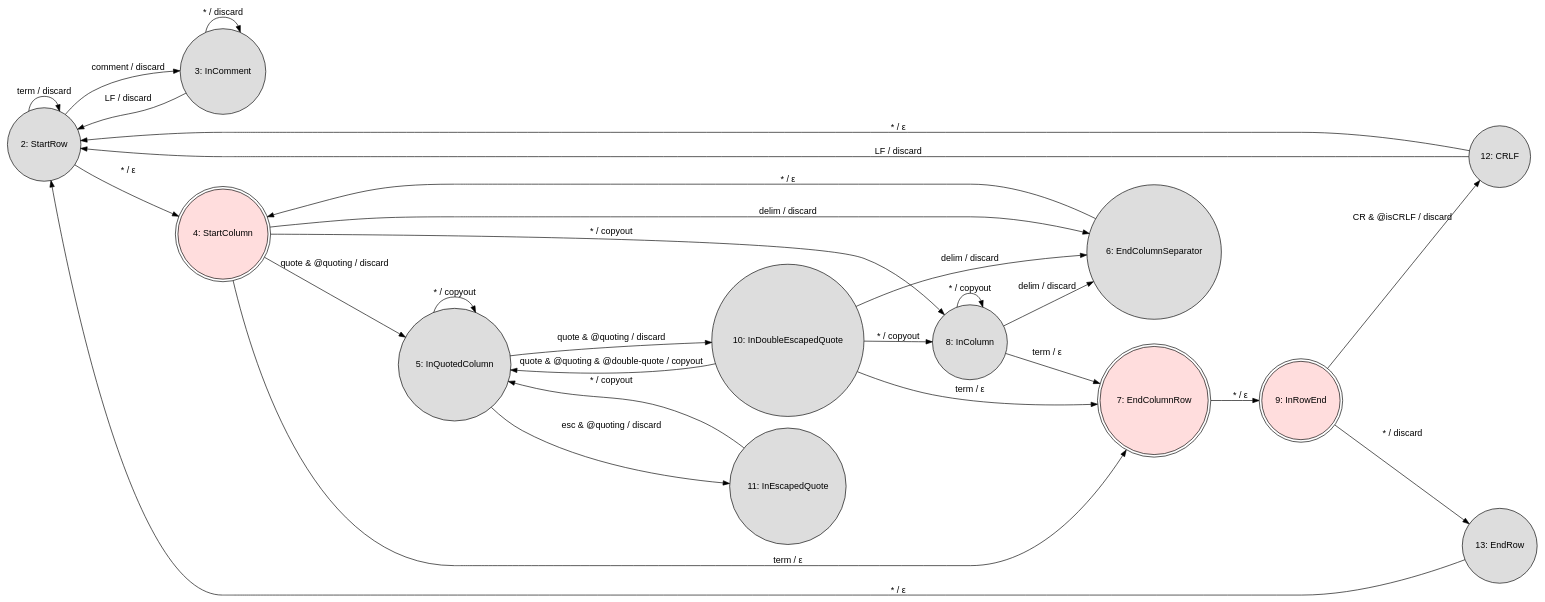
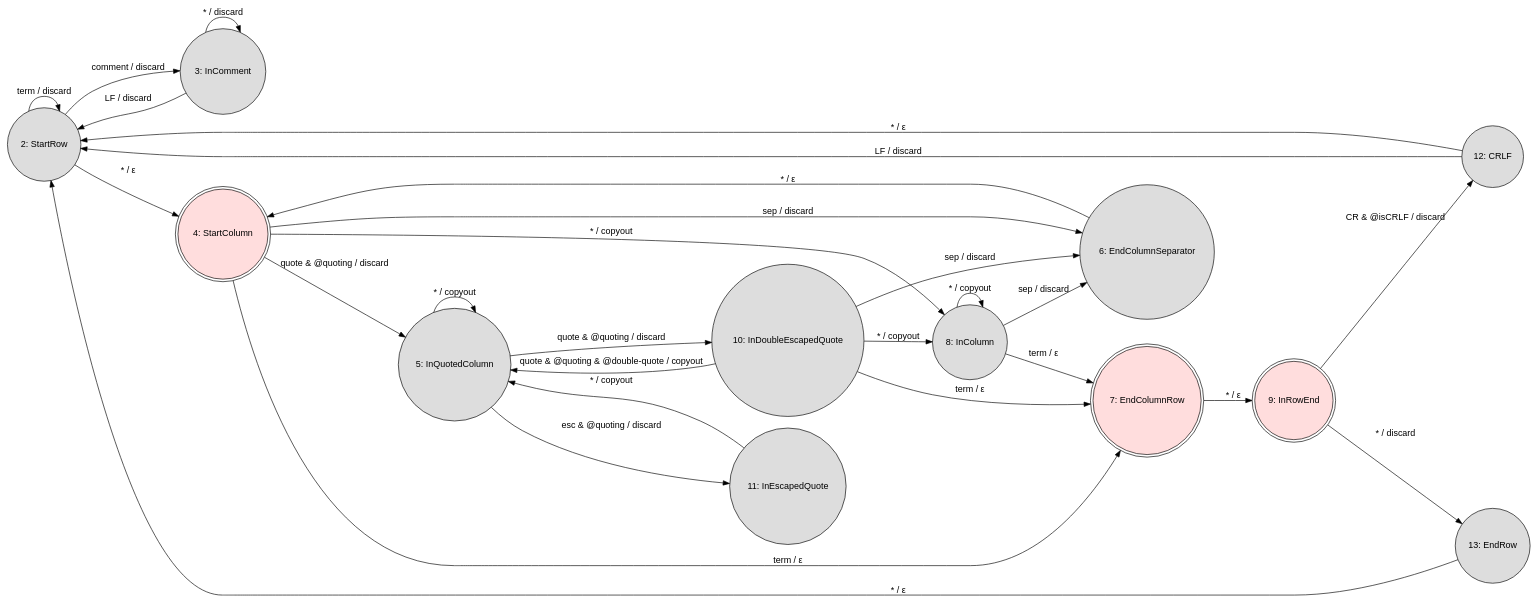
The diagram in csv.dot (shreeve/censive), drawn with Graphviz before and after one commit.

Commit message:
Rename delim to sep

```diff
--- a/csv.dot
+++ b/csv.dot
@@ -1,60 +1,60 @@
 digraph finite_state_machine {
   fontname="Helvetica,Arial,sans-serif"
   node [fontname="Helvetica,Arial,sans-serif"]
   edge [fontname="Helvetica,Arial,sans-serif"]
   rankdir=LR;
   node [shape = circle, style=filled, fillcolor="#dddddd"];
 
   2  [label="2: StartRow"];
   3  [label="3: InComment"];
   4  [label="4: StartColumn", shape=doublecircle, fillcolor="#ffdddd"];
   8  [label="8: InColumn"];
   5  [label="5: InQuotedColumn"];
   11 [label="11: InEscapedQuote"];
   10 [label="10: InDoubleEscapedQuote"];
   6  [label="6: EndColumnSeparator"];
   7  [label="7: EndColumnRow", shape=doublecircle, fillcolor="#ffdddd"];
   9  [label="9: InRowEnd", shape=doublecircle, fillcolor="#ffdddd"];
   12 [label="12: CRLF"];
   13 [label="13: EndRow"];
 
   2  -> 2  [label="term / discard"];
   2  -> 3  [label="comment / discard"];
   2  -> 4  [label="* / ε"];
 
   3  -> 2  [label="LF / discard"];
   3  -> 3  [label="* / discard"];
 
   4  -> 5  [label="quote & @quoting / discard"];
-  4  -> 6  [label="delim / discard"];
+  4  -> 6  [label="sep / discard"];
   4  -> 7  [label="term / ε"]
   4  -> 8  [label="* / copyout"];
 
   5  -> 5  [label="* / copyout"];
   5  -> 10 [label="quote & @quoting / discard"];
   5  -> 11 [label="esc & @quoting / discard"];
 
   6  -> 4  [label="* / ε"];
 
   7  -> 9  [label="* / ε"];
 
-  8  -> 6  [label="delim / discard"];
+  8  -> 6  [label="sep / discard"];
   8  -> 7  [label="term / ε"]
   8  -> 8  [label="* / copyout"];
 
   9  -> 12 [label="CR & @isCRLF / discard"];
   9  -> 13 [label="* / discard"];
 
   10 -> 5  [label="quote & @quoting & @double-quote / copyout"];
-  10 -> 6  [label="delim / discard"];
+  10 -> 6  [label="sep / discard"];
   10 -> 7  [label="term / ε"]
   10 -> 8  [label="* / copyout"];
 
   11 -> 5  [label="* / copyout"];
 
   12 -> 2  [label="* / ε"];
   12 -> 2  [label="LF / discard"];
 
   13 -> 2  [label="* / ε"];
 
 }
```
